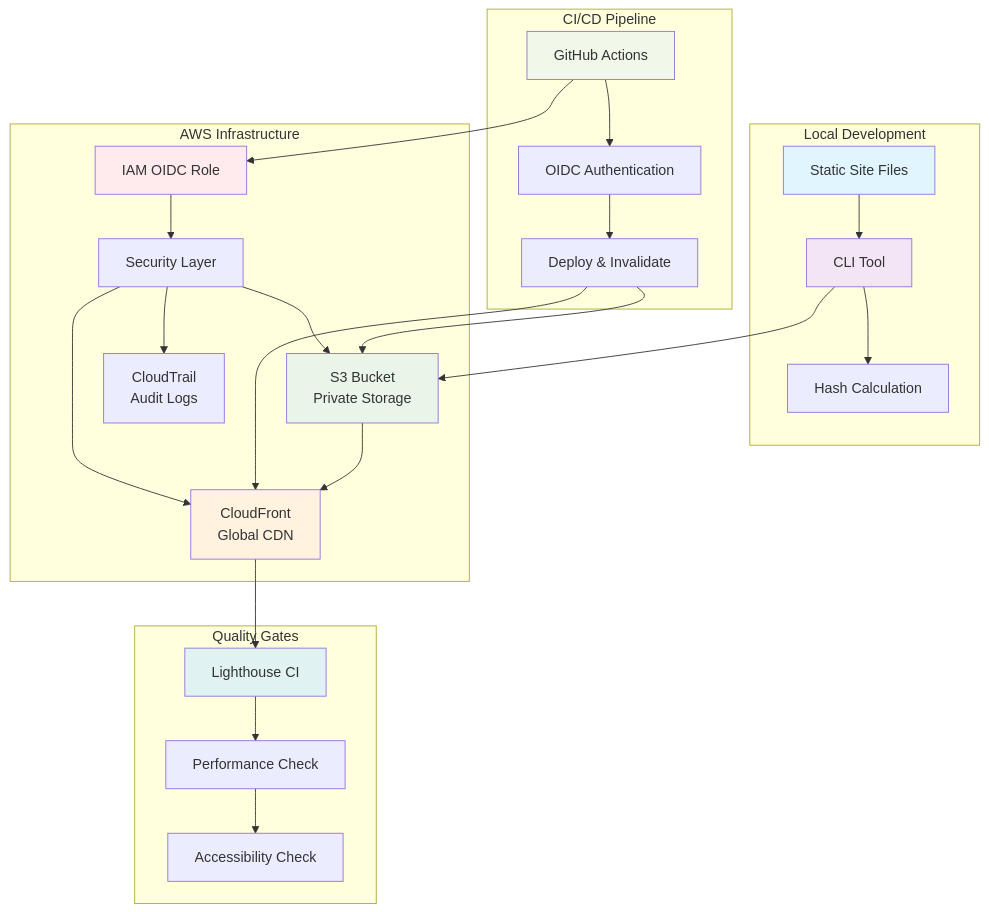
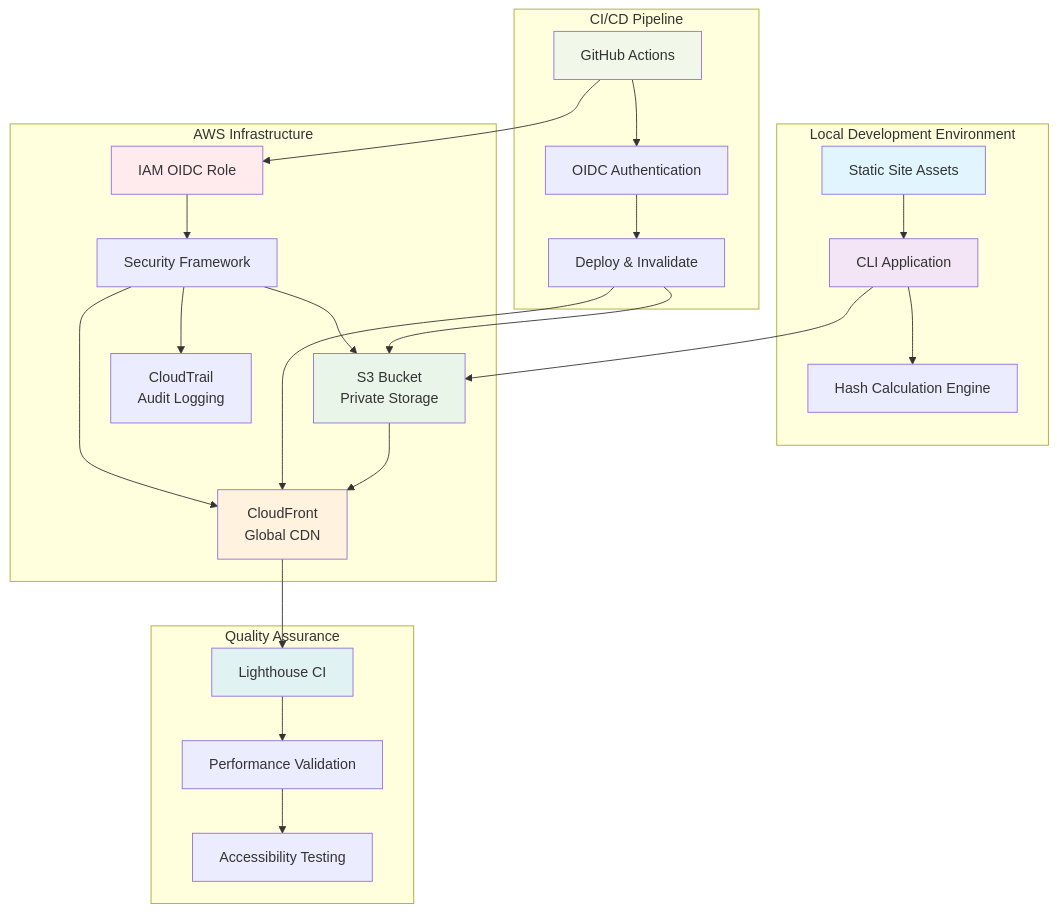
Before and after one commit to RyanPatty/DevOps: the first of 6 diagrams in README.md, drawn with Mermaid. The commit also changed other lines of this file, not shown here.

````diff
--- a/README.md
+++ b/README.md
@@ -118,40 +118,40 @@
 ```mermaid
 graph TB
-    subgraph "Local Development"
-        A[Static Site Files] --> B[CLI Tool]
-        B --> C[Hash Calculation]
+    subgraph "Local Development Environment"
+        A[Static Site Assets] --> B[CLI Application]
+        B --> C[Hash Calculation Engine]
     end
     
     subgraph "AWS Infrastructure"
         D[S3 Bucket<br/>Private Storage] --> E[CloudFront<br/>Global CDN]
-        F[IAM OIDC Role] --> G[Security Layer]
-        H[CloudTrail<br/>Audit Logs]
+        F[IAM OIDC Role] --> G[Security Framework]
+        H[CloudTrail<br/>Audit Logging]
     end
     
     subgraph "CI/CD Pipeline"
         I[GitHub Actions] --> J[OIDC Authentication]
         J --> K[Deploy & Invalidate]
     end
     
-    subgraph "Quality Gates"
-        L[Lighthouse CI] --> M[Performance Check]
-        M --> N[Accessibility Check]
+    subgraph "Quality Assurance"
+        L[Lighthouse CI] --> M[Performance Validation]
+        M --> N[Accessibility Testing]
     end
     
     B --> D
     K --> D
     K --> E
     E --> L
     I --> F
     G --> D
     G --> E
     G --> H
     
     style A fill:#e1f5fe
     style B fill:#f3e5f5
     style D fill:#e8f5e8
     style E fill:#fff3e0
     style F fill:#ffebee
     style I fill:#f1f8e9
     style L fill:#e0f2f1
 ```
````
